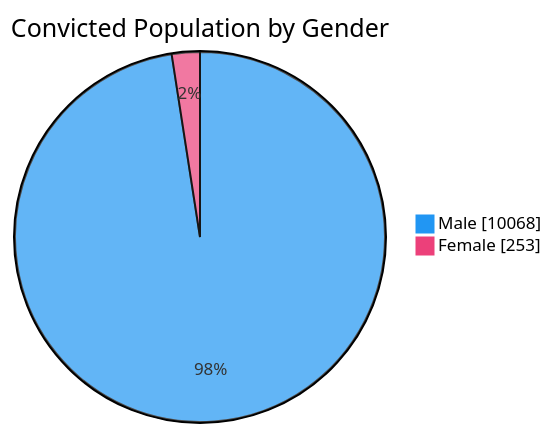
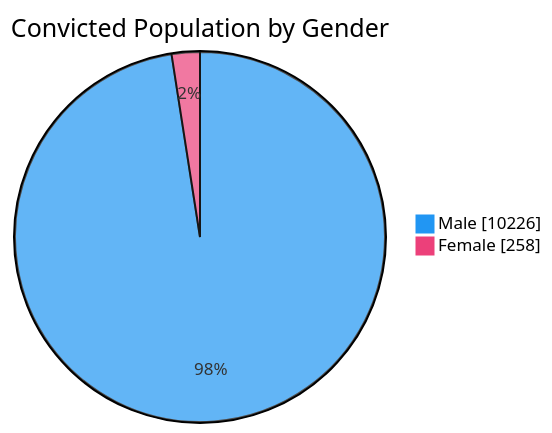
The third of 7 diagrams in README.md (nuuuwan/lk_prisons), drawn with Mermaid before and after one commit. The commit also changed other lines of this file and 1 other file, not shown here.

````diff
--- a/README.md
+++ b/README.md
@@ -65,6 +65,6 @@
 ```mermaid
 %%{init: {'themeVariables': {'pie1': '#2196F3', 'pie2': '#EC407A'}}}%%
 pie showData title Convicted Population by Gender
-    "Male" : 10068
-    "Female" : 253
+    "Male" : 10226
+    "Female" : 258
 ```
````
